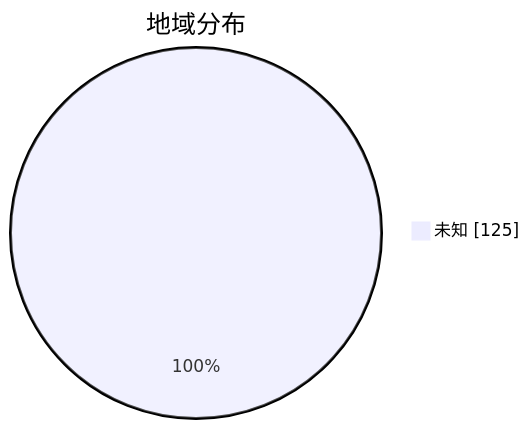
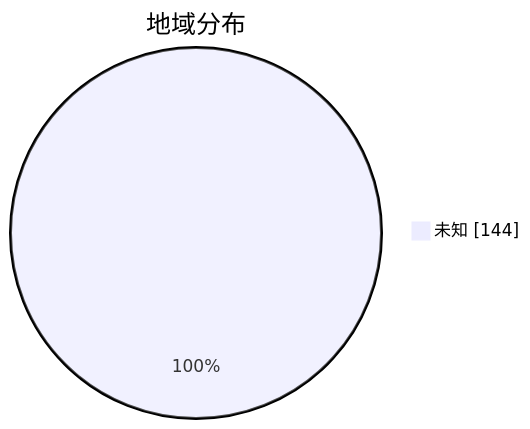
One commit to qjlxg/airport changed the second of 3 diagrams in subs/statistics/tested_within.md. Above: the diagram before and after it, drawn with Mermaid. The commit also changed other lines of this file and 2 other files, not shown here.

````diff
--- a/subs/statistics/tested_within.md
+++ b/subs/statistics/tested_within.md
@@ -12,5 +12,5 @@
 ```mermaid
 pie showData
 title 地域分布
-"未知" : 125
+"未知" : 144
 ```
````
